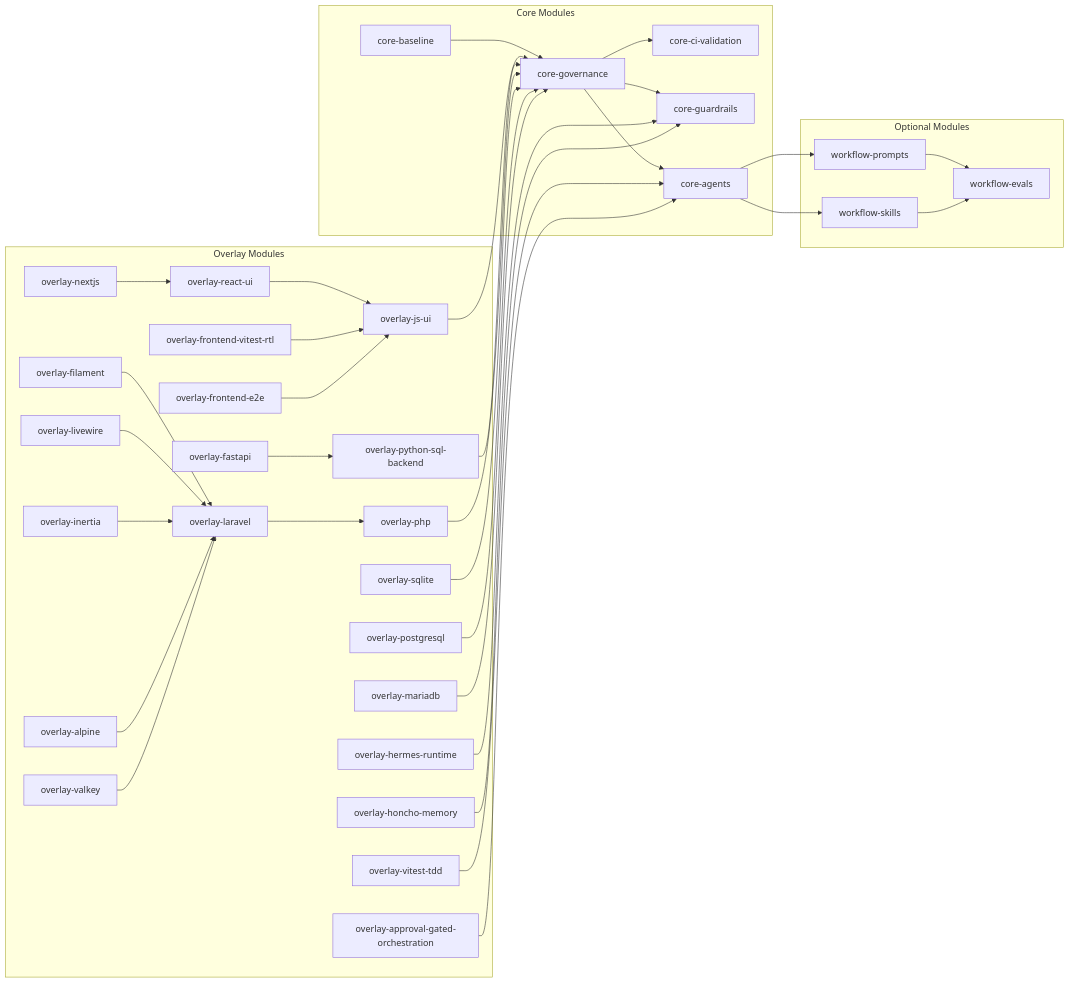
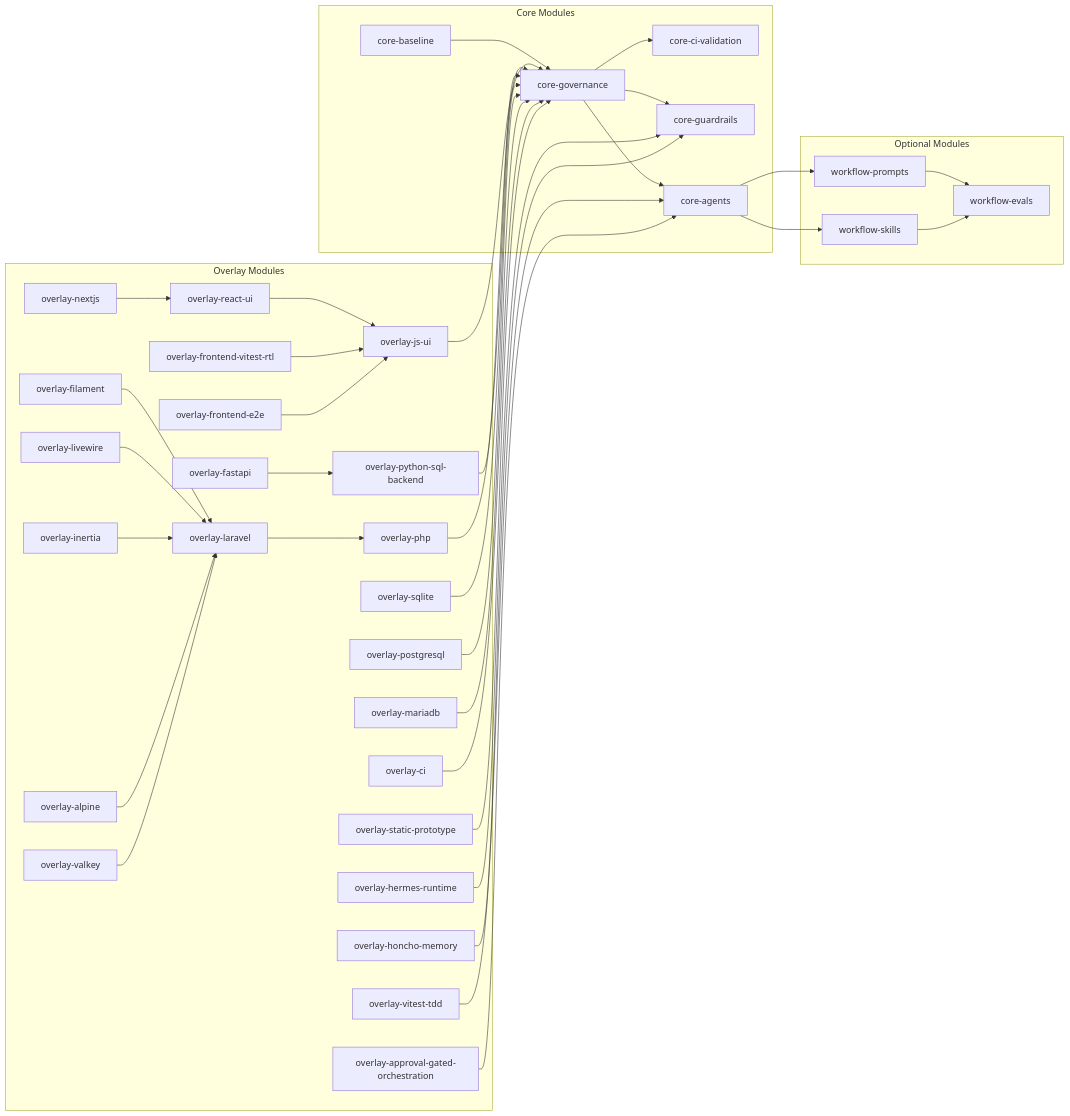
One commit to psyk01337/Agentic-Development-Starter changed the second of 10 diagrams in docs/ARCHITECTURE.md. Above: the diagram before and after it, drawn with Mermaid. The commit also changed 24 other files, not shown here.

````diff
--- a/docs/ARCHITECTURE.md
+++ b/docs/ARCHITECTURE.md
@@ -66,70 +66,74 @@
 ```mermaid
 graph LR
     subgraph "Core Modules"
         CB[core-baseline]
         CG[core-governance]
         CC[core-ci-validation]
         CD[core-guardrails]
         CE[core-agents]
     end
 
     subgraph "Optional Modules"
         WP[workflow-prompts]
         WS[workflow-skills]
         WE[workflow-evals]
     end
 
     subgraph "Overlay Modules"
         OJS[overlay-js-ui]
         ORU[overlay-react-ui]
         ONJ[overlay-nextjs]
         OFV[overlay-frontend-vitest-rtl]
         OFE[overlay-frontend-e2e]
         OPS[overlay-python-sql-backend]
         OFA[overlay-fastapi]
         OPH[overlay-php]
         OLV[overlay-laravel]
         OFI[overlay-filament]
         OLW[overlay-livewire]
         OIN[overlay-inertia]
         OAL[overlay-alpine]
         OVK[overlay-valkey]
         OSQ[overlay-sqlite]
         OPG[overlay-postgresql]
         OMA[overlay-mariadb]
         OVT[overlay-vitest-tdd]
         OAG[overlay-approval-gated-orchestration]
         OHR[overlay-hermes-runtime]
         OHM[overlay-honcho-memory]
+        OCI[overlay-ci]
+        OST[overlay-static-prototype]
     end
 
     CB --> CG
     CG --> CC
     CG --> CD
     CG --> CE
     CE --> WP
     CE --> WS
     WP --> WE
     WS --> WE
     OJS --> CG
     ORU --> OJS
     ONJ --> ORU
     OFV --> OJS
     OFE --> OJS
     OPS --> CG
     OFA --> OPS
     OPH --> CG
     OLV --> OPH
     OFI --> OLV
     OLW --> OLV
     OIN --> OLV
     OAL --> OLV
     OVK --> OLV
     OSQ --> CG
     OPG --> CG
     OMA --> CG
     OVT --> CE
     OAG --> CE
     OHR --> CD
     OHM --> CD
+    OCI --> CG
+    OST --> CG
 ```
````
